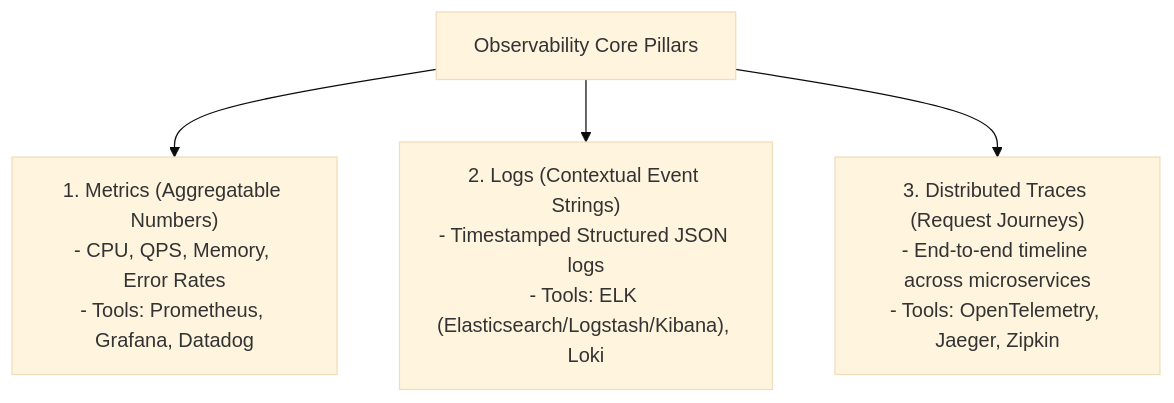
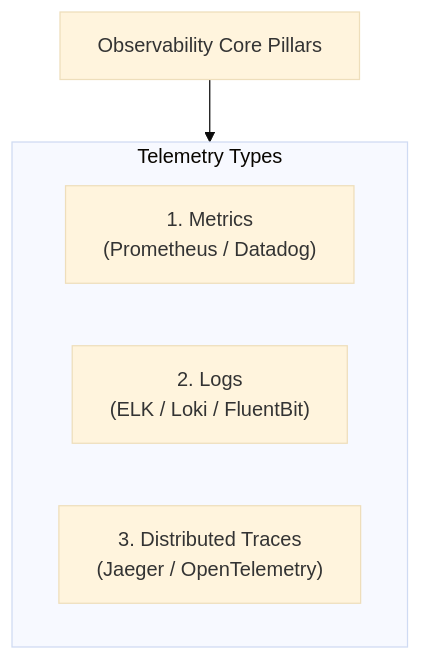
The first of 4 diagrams in strivers-hld/12-Observability-and-Reliability-Engineering/README.md (Sourav108/strivers-lld), drawn with Mermaid (base theme) before and after one commit. The commit also changed other lines of this file and 39 other files, not shown here.

Commit message:
fix(mermaid): wrap node labels, simplify diamonds, and reformat wide diagrams for perfect GitHub rendering

````diff
--- a/strivers-hld/12-Observability-and-Reliability-Engineering/README.md
+++ b/strivers-hld/12-Observability-and-Reliability-Engineering/README.md
@@ -7,6 +7,12 @@
 ```mermaid
 flowchart TD
-    Obs["Observability Core Pillars"] --> M["1. Metrics (Aggregatable Numbers)<br/>- CPU, QPS, Memory, Error Rates<br/>- Tools: Prometheus, Grafana, Datadog"]
-    Obs --> L["2. Logs (Contextual Event Strings)<br/>- Timestamped Structured JSON logs<br/>- Tools: ELK (Elasticsearch/Logstash/Kibana), Loki"]
-    Obs --> T["3. Distributed Traces (Request Journeys)<br/>- End-to-end timeline across microservices<br/>- Tools: OpenTelemetry, Jaeger, Zipkin"]
+    Obs["Observability Core Pillars"]
+    
+    subgraph Pillars["Telemetry Types"]
+        M["1. Metrics<br/>(Prometheus / Datadog)"]
+        L["2. Logs<br/>(ELK / Loki / FluentBit)"]
+        T["3. Distributed Traces<br/>(Jaeger / OpenTelemetry)"]
+    end
+
+    Obs --> Pillars
 ```
````
